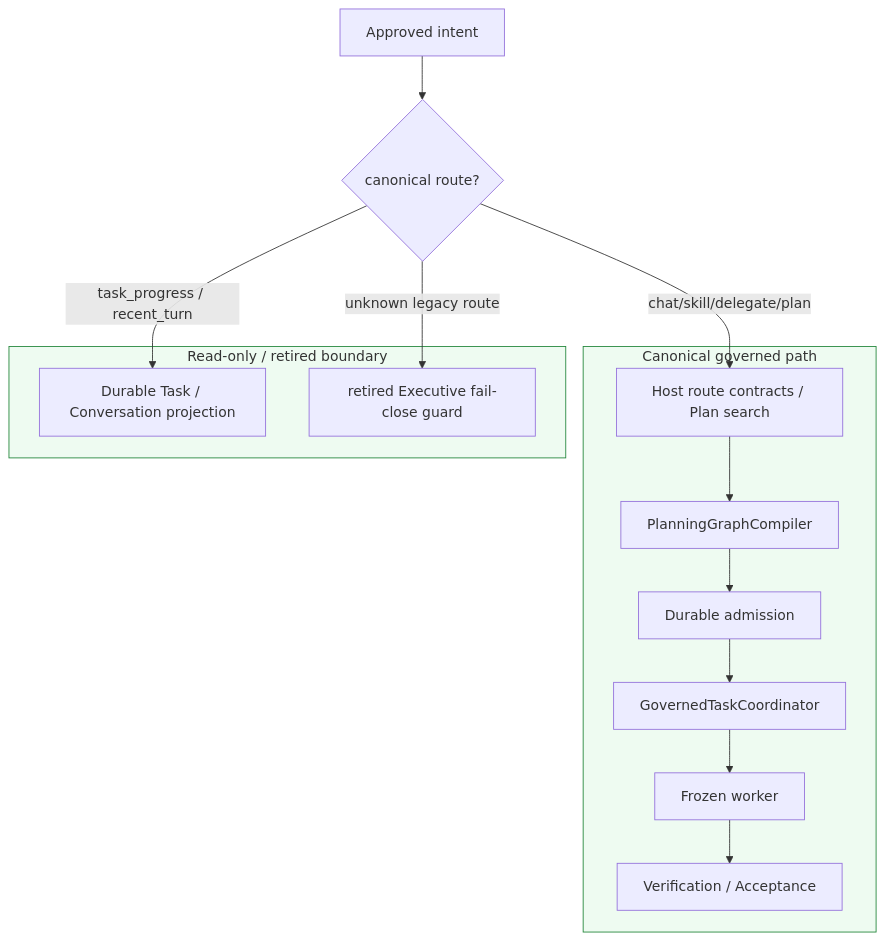
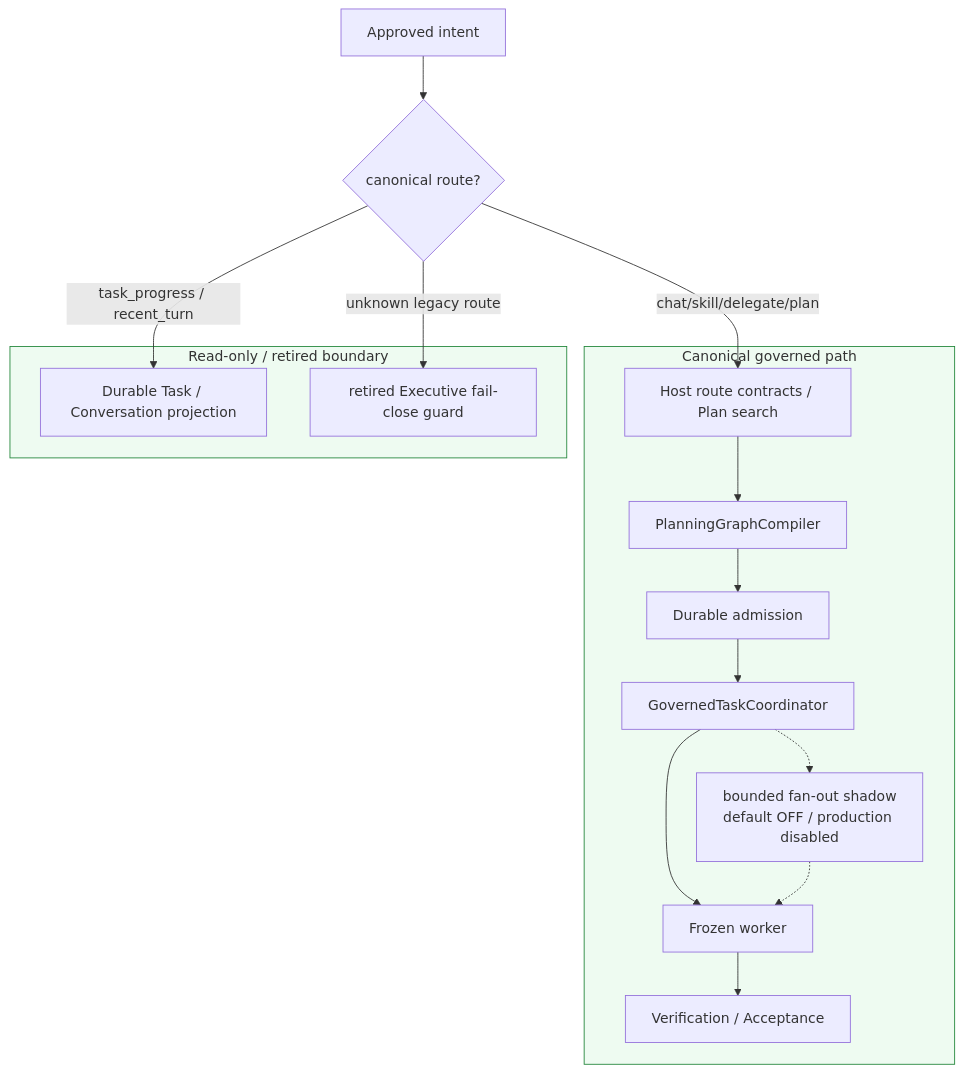
The first of 4 diagrams in docs/50_project/arch/diagrams/04_executive_layers.md (SakuraYoruno/Natsume_Ai), drawn with Mermaid before and after one commit. The commit also changed other lines of this file and 17 other files, not shown here.

````diff
--- a/docs/50_project/arch/diagrams/04_executive_layers.md
+++ b/docs/50_project/arch/diagrams/04_executive_layers.md
@@ -13,28 +13,30 @@
 ```mermaid
 flowchart TD
     INTENT["Approved intent"]
     ROUTE{"canonical route?"}
 
     subgraph Canonical["Canonical governed path"]
         HS["Host route contracts / Plan search"]
         GC["PlanningGraphCompiler"]
         AD["Durable admission"]
         TR["GovernedTaskCoordinator"]
+        SHADOW["bounded fan-out shadow\ndefault OFF / production disabled"]
         WK["Frozen worker"]
         AC["Verification / Acceptance"]
         HS --> GC --> AD --> TR --> WK --> AC
+        TR -.-> SHADOW -.-> WK
     end
 
     subgraph ReadOnly["Read-only / retired boundary"]
         RP["Durable Task / Conversation projection"]
         EX["retired Executive fail-close guard"]
     end
 
     INTENT --> ROUTE
     ROUTE -->|"chat/skill/delegate/plan"| HS
     ROUTE -->|"task_progress / recent_turn"| RP
     ROUTE -->|"unknown legacy route"| EX
 
     style Canonical fill:#eefbf1,stroke:#22863a
     style ReadOnly fill:#eefbf1,stroke:#22863a
 ```
````
